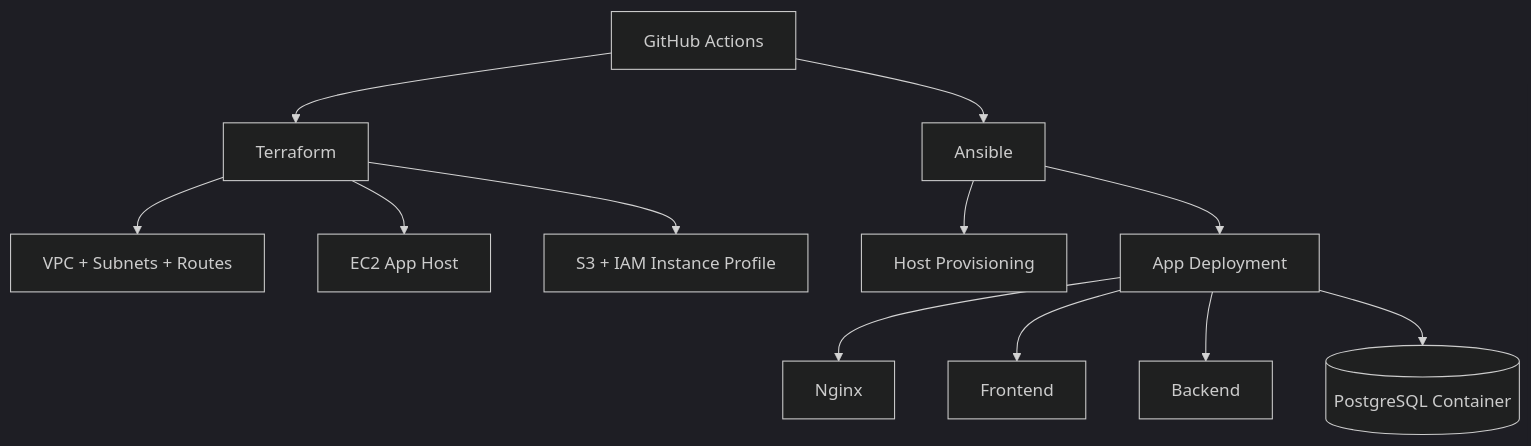
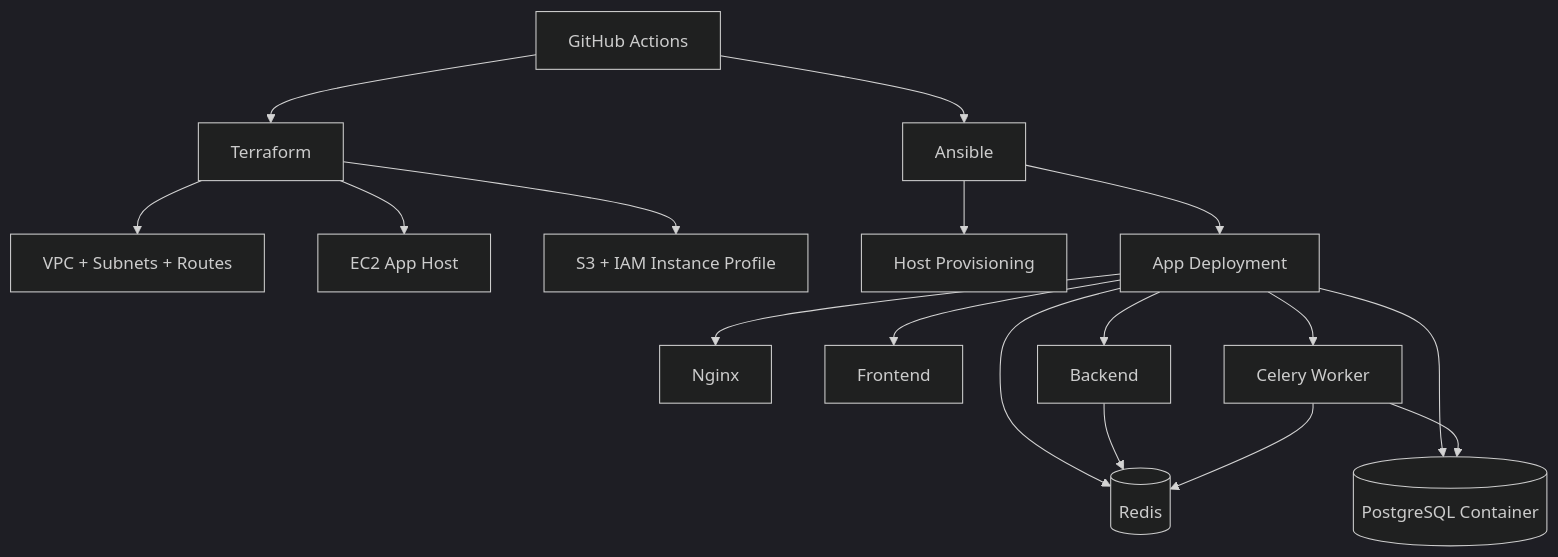
Before and after one commit to whatislavx/world-of-development-of-opportunities-and-change-infra: the first of 2 diagrams in README.md, drawn with Mermaid (dark theme). The commit also changed other lines of this file and 13 other files, not shown here.

````diff
--- a/README.md
+++ b/README.md
@@ -40,17 +40,22 @@
 ```mermaid
 flowchart TD
     GH[GitHub Actions] --> TF[Terraform]
     GH --> ANS[Ansible]
 
     TF --> VPC[VPC + Subnets + Routes]
     TF --> EC2[EC2 App Host]
     TF --> S3[S3 + IAM Instance Profile]
 
     ANS --> HOST[Host Provisioning]
     ANS --> DEPLOY[App Deployment]
 
     DEPLOY --> NGINX[Nginx]
     DEPLOY --> FE[Frontend]
     DEPLOY --> BE[Backend]
+    DEPLOY --> CEL[Celery Worker]
+    DEPLOY --> REDIS[(Redis)]
     DEPLOY --> DB[(PostgreSQL Container)]
+    BE --> REDIS
+    CEL --> REDIS
+    CEL --> DB
 ```
````
